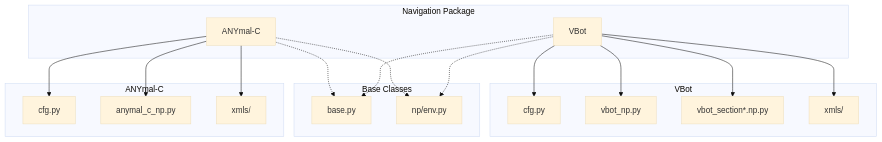
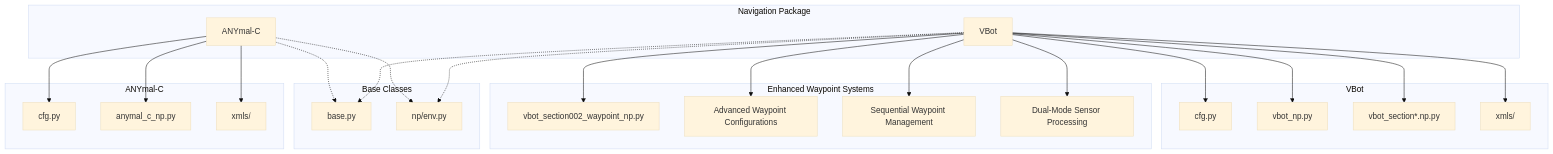
Before and after one commit to jayjayhust/MotrixLab: the first of 14 diagrams in .qoder/repowiki/en/content/Navigation Environments/Navigation Environments.md, drawn with Mermaid (base theme). The commit also changed other lines of this file and 27 other files, not shown here.

````diff
--- a/.qoder/repowiki/en/content/Navigation Environments/Navigation Environments.md
+++ b/.qoder/repowiki/en/content/Navigation Environments/Navigation Environments.md
@@ -40,33 +55,43 @@
 ```mermaid
 graph TB
 subgraph "Navigation Package"
 A["ANYmal-C"]
 B["VBot"]
 end
 subgraph "ANYmal-C"
 A1["cfg.py"]
 A2["anymal_c_np.py"]
 A3["xmls/"]
 end
 subgraph "VBot"
 B1["cfg.py"]
 B2["vbot_np.py"]
 B3["vbot_section*.np.py"]
 B4["xmls/"]
 end
+subgraph "Enhanced Waypoint Systems"
+B5["vbot_section002_waypoint_np.py"]
+B6["Advanced Waypoint Configurations"]
+B7["Sequential Waypoint Management"]
+B8["Dual-Mode Sensor Processing"]
+end
 subgraph "Base Classes"
 C["base.py"]
 D["np/env.py"]
 end
 A --> A1
 A --> A2
 A --> A3
 B --> B1
 B --> B2
 B --> B3
 B --> B4
+B --> B5
+B --> B6
+B --> B7
+B --> B8
 A -.-> C
 B -.-> C
 A -.-> D
 B -.-> D
 ```
````
